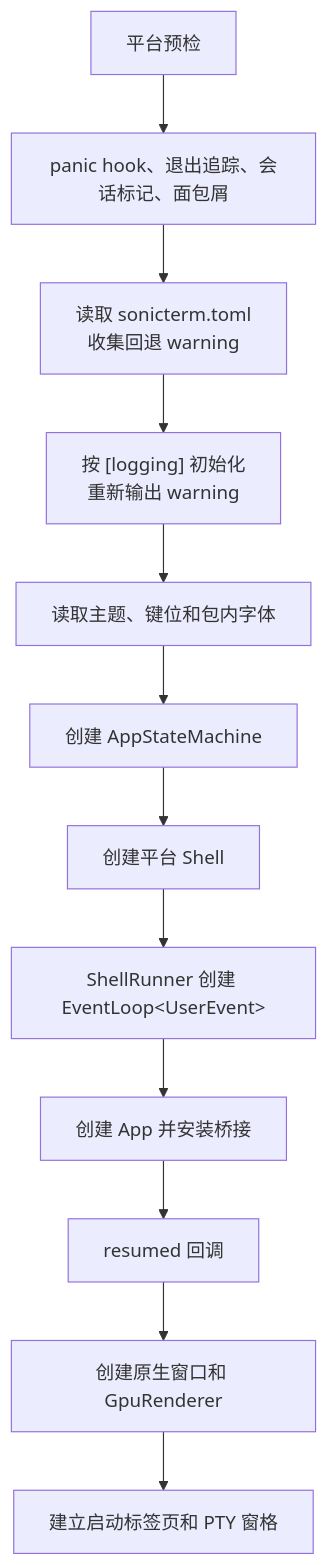
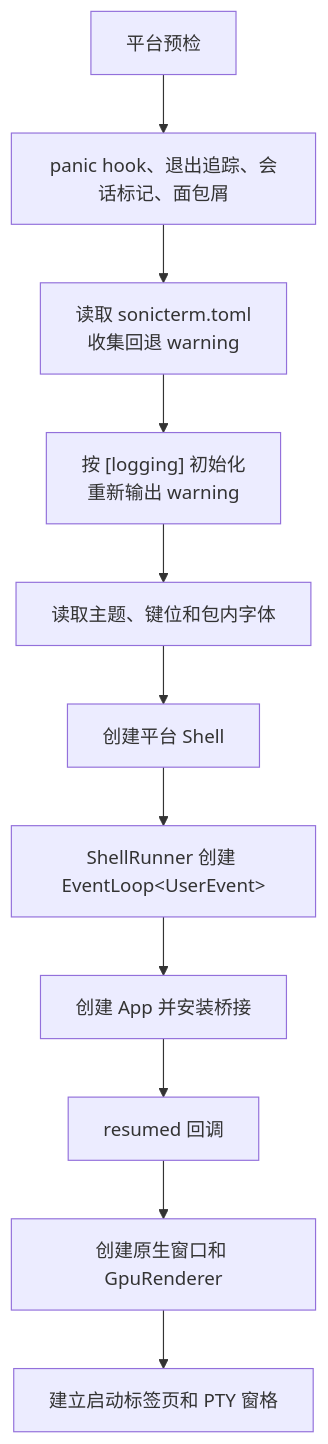
Before and after one commit to D0n9X1n/SonicTerm: the first of 3 diagrams in wiki/Runtime-Lifecycle-zh-CN.md, drawn with Mermaid. The commit also changed other lines of this file and 458 other files, not shown here.

````diff
--- a/wiki/Runtime-Lifecycle-zh-CN.md
+++ b/wiki/Runtime-Lifecycle-zh-CN.md
@@ -10,18 +10,17 @@
 ```mermaid
 flowchart TD
     platform["平台预检"]
     diagnostics["panic hook、退出追踪、会话标记、面包屑"]
     config["读取 sonicterm.toml<br/>收集回退 warning"]
     logging["按 [logging] 初始化<br/>重新输出 warning"]
     assets["读取主题、键位和包内字体"]
-    machine["创建 AppStateMachine"]
     shell["创建平台 Shell"]
     loop["ShellRunner 创建 EventLoop&lt;UserEvent&gt;"]
     app["创建 App 并安装桥接"]
     resumed["resumed 回调"]
     window["创建原生窗口和 GpuRenderer"]
     pane["建立启动标签页和 PTY 窗格"]
 
-    platform --> diagnostics --> config --> logging --> assets --> machine --> shell
+    platform --> diagnostics --> config --> logging --> assets --> shell
     shell --> loop --> app --> resumed --> window --> pane
 ```
````
